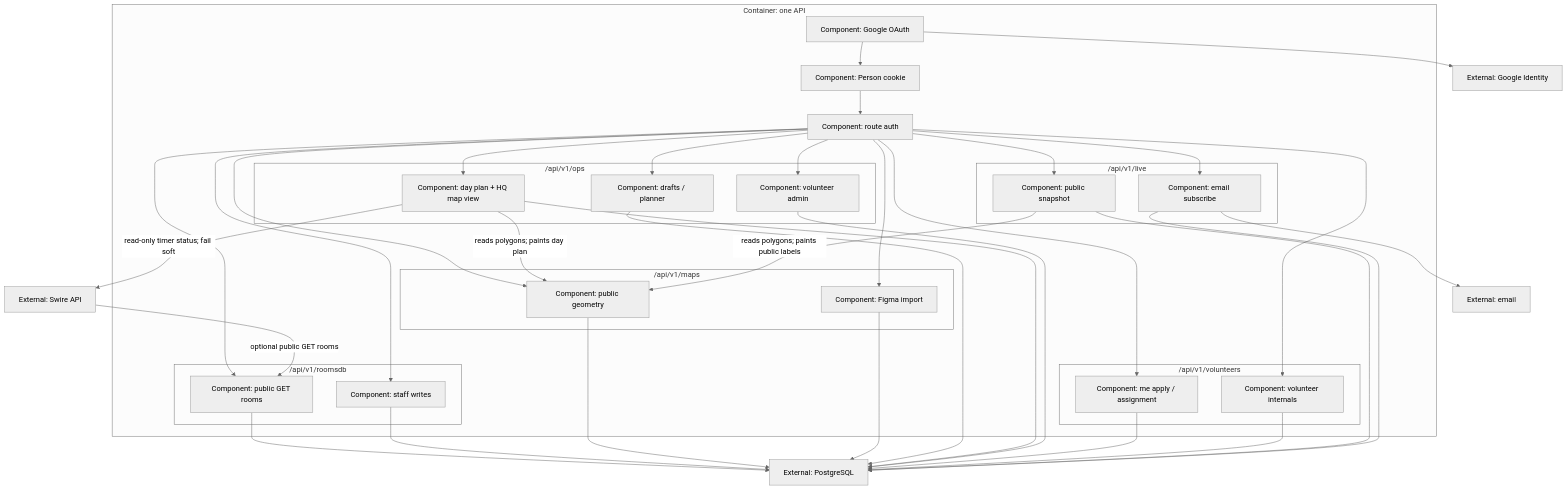
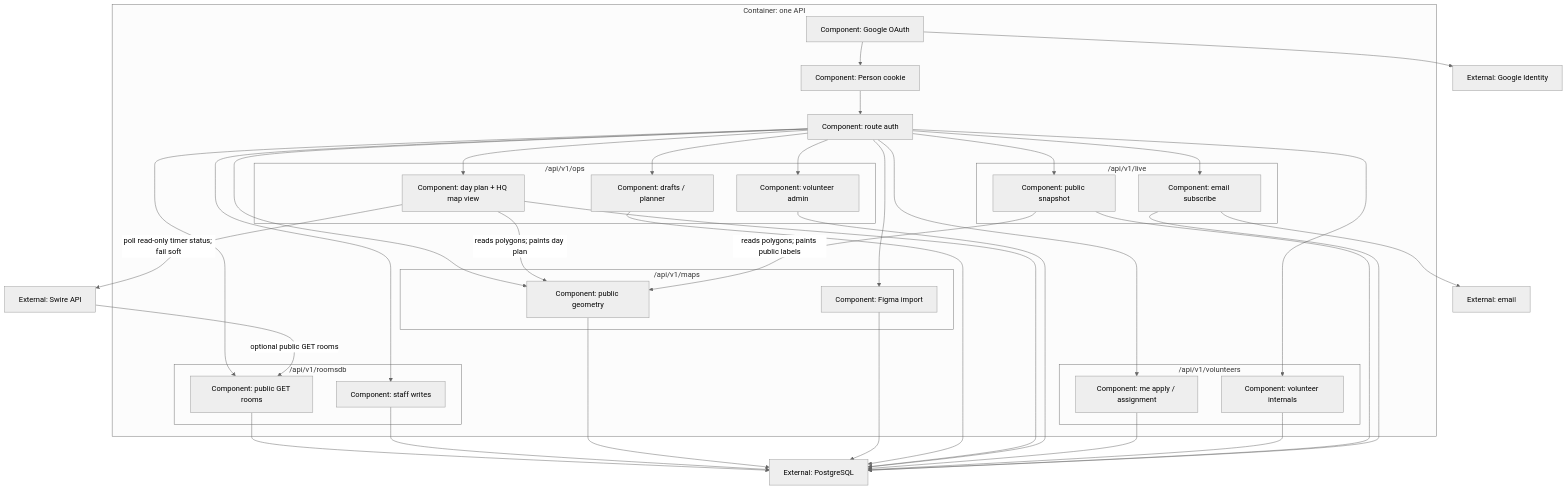
One commit to tri2k/room-allocations-demo changed the first of 2 diagrams in specs/2026-08-24-api-c3.md. Above: the diagram before and after it, drawn with Mermaid. The commit also changed other lines of this file and 5 other files, not shown here.

First line of the commit message:
docs: only Swire admins write; other platforms poll

````diff
--- a/specs/2026-08-24-api-c3.md
+++ b/specs/2026-08-24-api-c3.md
@@ -11,64 +11,64 @@
 ```mermaid
 %%{init: {"theme": "neutral"}}%%
 flowchart TB
   subgraph api [Container: one API]
     googleAuth["Component: Google OAuth"]
     personSess["Component: Person cookie"]
     gate["Component: route auth"]
     subgraph roomsdbFolder ["/api/v1/roomsdb"]
       roomsdbPublic["Component: public GET rooms"]
       roomsdbStaff["Component: staff writes"]
     end
     subgraph mapsFolder ["/api/v1/maps"]
       mapsPublic["Component: public geometry"]
       mapsStaff["Component: Figma import"]
     end
     subgraph opsFolder ["/api/v1/ops"]
       opsDrafts["Component: drafts / planner"]
       opsDay["Component: day plan + HQ map view"]
       opsVolAdmin["Component: volunteer admin"]
     end
     subgraph volFolder ["/api/v1/volunteers"]
       volMe["Component: me apply / assignment"]
       volInternal["Component: volunteer internals"]
     end
     subgraph liveFolder ["/api/v1/live"]
       liveSnap["Component: public snapshot"]
       liveSub["Component: email subscribe"]
     end
   end
   swire["External: Swire API"]
   google["External: Google Identity"]
   postgres["External: PostgreSQL"]
   mail["External: email"]
   googleAuth --> google
   googleAuth --> personSess
   personSess --> gate
   gate --> roomsdbPublic
   gate --> roomsdbStaff
   gate --> mapsPublic
   gate --> mapsStaff
   gate --> opsDrafts
   gate --> opsDay
   gate --> opsVolAdmin
   gate --> volMe
   gate --> volInternal
   gate --> liveSnap
   gate --> liveSub
   opsDay -->|"reads polygons; paints day plan"| mapsPublic
   liveSnap -->|"reads polygons; paints public labels"| mapsPublic
-  opsDay -->|"read-only timer status; fail soft"| swire
+  opsDay -->|"poll read-only timer status; fail soft"| swire
   swire -->|"optional public GET rooms"| roomsdbPublic
   roomsdbPublic --> postgres
   roomsdbStaff --> postgres
   mapsPublic --> postgres
   mapsStaff --> postgres
   opsDrafts --> postgres
   opsDay --> postgres
   opsVolAdmin --> postgres
   volMe --> postgres
   volInternal --> postgres
   liveSnap --> postgres
   liveSub --> postgres
   liveSub --> mail
 ```
````
